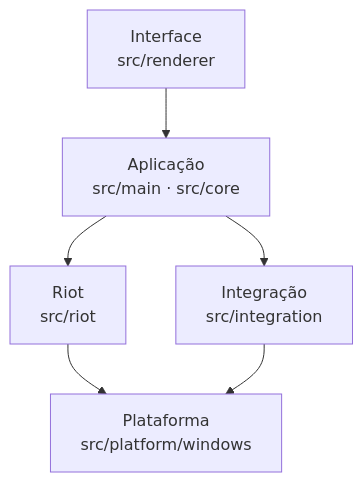
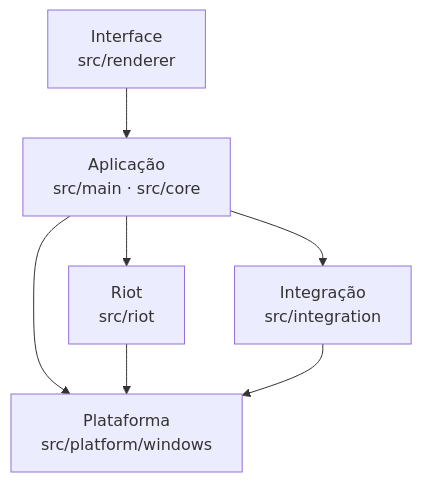
One commit to arthurmchd/eclipse changed the second of 2 diagrams in docs/02 Arquitetura/Arquitetura.md. Above: the diagram before and after it, drawn with Mermaid. The commit also changed other lines of this file and 25 other files, not shown here.

````diff
--- a/docs/02 Arquitetura/Arquitetura.md
+++ b/docs/02 Arquitetura/Arquitetura.md
@@ -62,8 +62,9 @@
 ```mermaid
 flowchart TB
   I["Interface<br/>src/renderer"] --> A["Aplicação<br/>src/main · src/core"]
   A --> RT["Riot<br/>src/riot"]
   A --> IN["Integração<br/>src/integration"]
+  A --> P
   RT --> P["Plataforma<br/>src/platform/windows"]
   IN --> P
 ```
````
